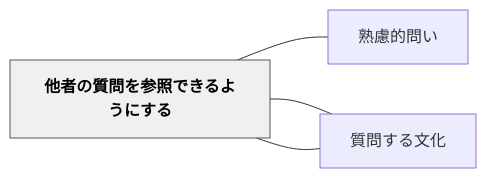
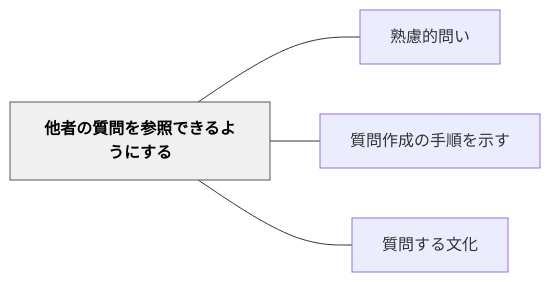
Before and after one commit to unknownthings-ed-patterns/unknownthings-ed-patterns: the diagram in content/パタン/他者の質問を参照できるようにする.md, drawn with Mermaid. The commit also changed 527 other files, not shown here.

````diff
--- a/content/パタン/他者の質問を参照できるようにする.md
+++ b/content/パタン/他者の質問を参照できるようにする.md
@@ -40,14 +40,14 @@
 ```mermaid
 flowchart LR
-    ne4bb96e88085["他者の質問を参照できるようにする"]
-    ne7869fe685ae["熟慮的問い"]
-    ne8b3aae5958f["質問作成の手順を示す"]
-    ne8b3aae5958f["質問する文化"]
+    ne4bb96e88085e381aee8b3aae5958fe38292e58f82e785a7e381a7e3818de3828be38288e38186e381abe38199e3828b["他者の質問を参照できるようにする"]
+    ne7869fe685aee79a84e5958fe38184["熟慮的問い"]
+    ne8b3aae5958fe4bd9ce68890e381aee6898be9a086e38292e7a4bae38199["質問作成の手順を示す"]
+    ne8b3aae5958fe38199e3828be69687e58c96["質問する文化"]
 
-    ne4bb96e88085 --- ne7869fe685ae
-    ne4bb96e88085 --- ne8b3aae5958f
-    ne4bb96e88085 --- ne8b3aae5958f
+    ne4bb96e88085e381aee8b3aae5958fe38292e58f82e785a7e381a7e3818de3828be38288e38186e381abe38199e3828b --- ne7869fe685aee79a84e5958fe38184
+    ne4bb96e88085e381aee8b3aae5958fe38292e58f82e785a7e381a7e3818de3828be38288e38186e381abe38199e3828b --- ne8b3aae5958fe4bd9ce68890e381aee6898be9a086e38292e7a4bae38199
+    ne4bb96e88085e381aee8b3aae5958fe38292e58f82e785a7e381a7e3818de3828be38288e38186e381abe38199e3828b --- ne8b3aae5958fe38199e3828be69687e58c96
 
     classDef hub fill:#f0f0f0,stroke:#555,color:#000,font-weight:bold
-    class ne4bb96e88085 hub
+    class ne4bb96e88085e381aee8b3aae5958fe38292e58f82e785a7e381a7e3818de3828be38288e38186e381abe38199e3828b hub
 ```
````
